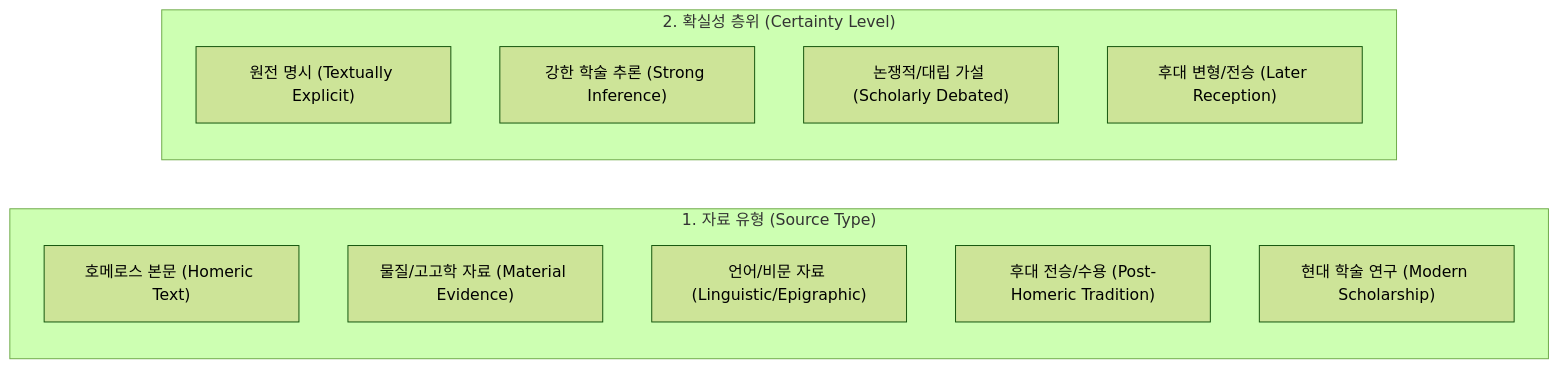
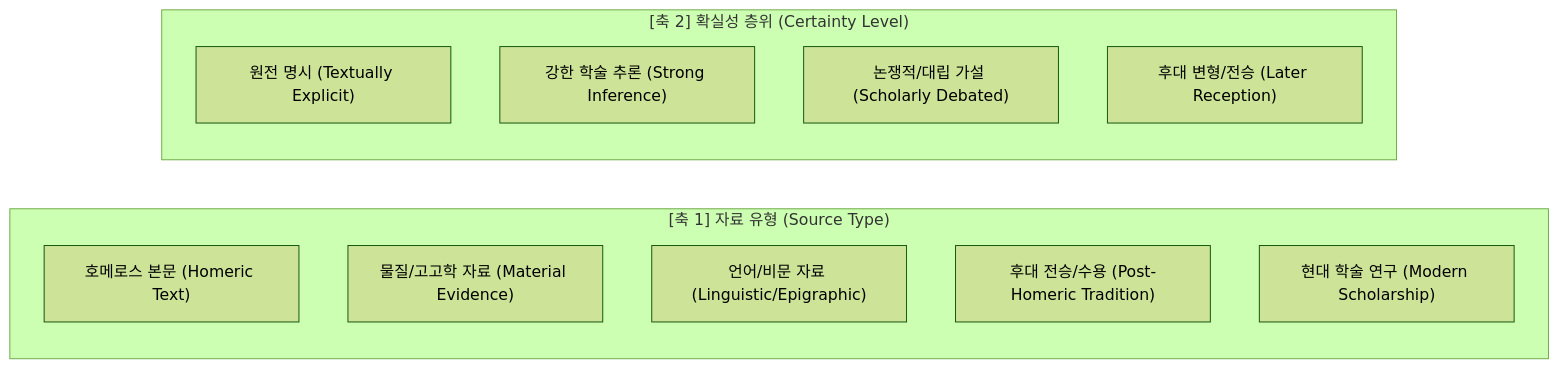
The diagram in wiki/meta/entity-framework.md (YgHnSIM/Homer_wiki), drawn with Mermaid (forest theme) before and after one commit. The commit also changed 6 other files, not shown here.

````diff
--- a/wiki/meta/entity-framework.md
+++ b/wiki/meta/entity-framework.md
@@ -102,16 +102,16 @@
 ```mermaid
 graph LR
-    subgraph Axis1["1. 자료 유형 (Source Type)"]
+    subgraph Axis1["[축 1] 자료 유형 (Source Type)"]
         S1["호메로스 본문 (Homeric Text)"]
         S2["물질/고고학 자료 (Material Evidence)"]
         S3["언어/비문 자료 (Linguistic/Epigraphic)"]
         S4["후대 전승/수용 (Post-Homeric Tradition)"]
         S5["현대 학술 연구 (Modern Scholarship)"]
     end
-    subgraph Axis2["2. 확실성 층위 (Certainty Level)"]
+    subgraph Axis2["[축 2] 확실성 층위 (Certainty Level)"]
         C1["원전 명시 (Textually Explicit)"]
         C2["강한 학술 추론 (Strong Inference)"]
         C3["논쟁적/대립 가설 (Scholarly Debated)"]
         C4["후대 변형/전승 (Later Reception)"]
     end
 ```
````
